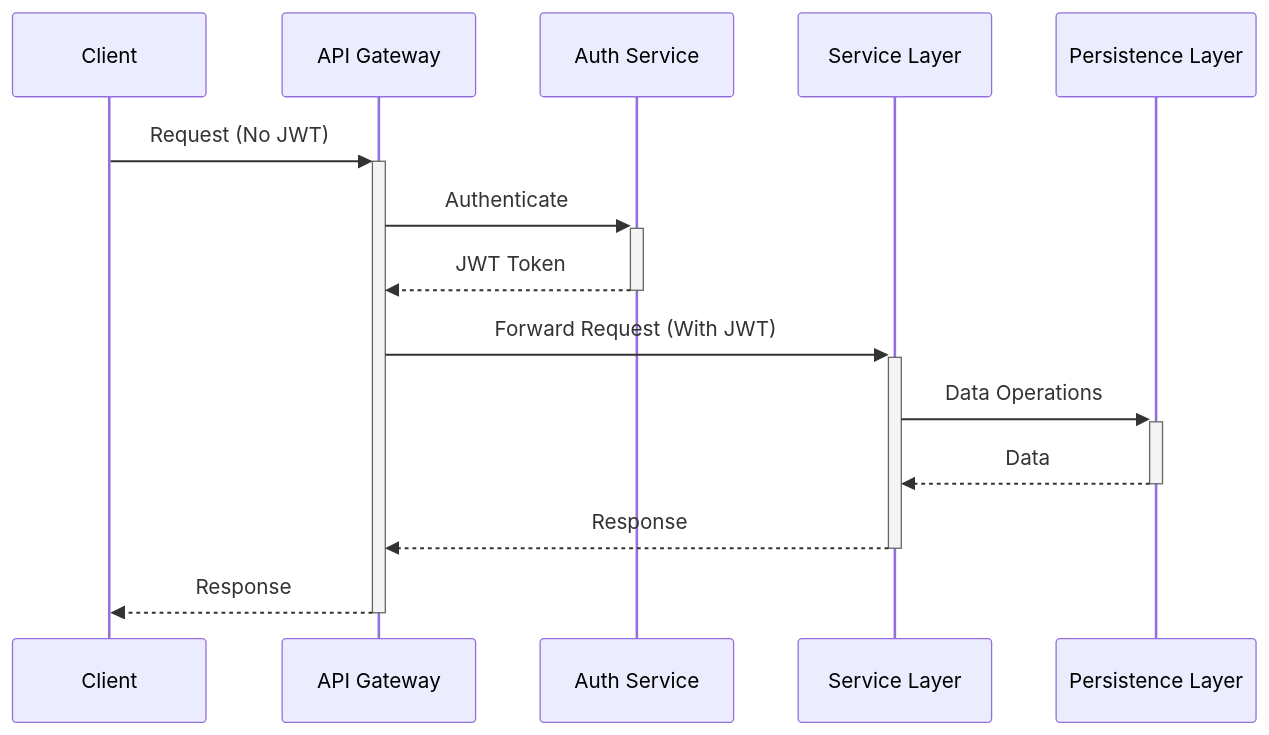
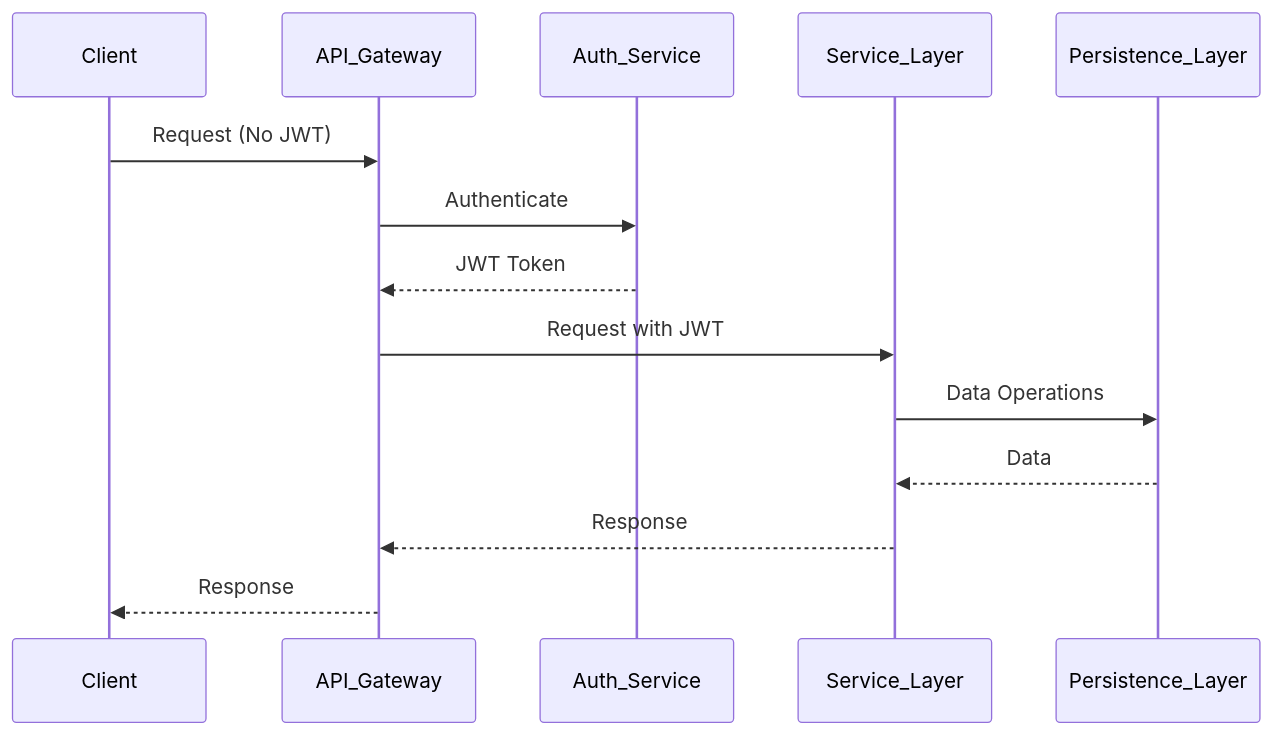
One commit to aharoJ/barbershop changed the third of 3 diagrams in backend/README.md. Above: the diagram before and after it, drawn with Mermaid. The commit also changed other lines of this file and 2 other files, not shown here.

````diff
--- a/backend/README.md
+++ b/backend/README.md
@@ -73,11 +95,11 @@
 ```mermaid
 sequenceDiagram
-    Client->>+API Gateway: Request (No JWT)
-    API Gateway->>+Auth Service: Authenticate
-    Auth Service-->>-API Gateway: JWT Token
-    API Gateway->>+Service Layer: Forward Request (With JWT)
-    Service Layer->>+Persistence Layer: Data Operations
-    Persistence Layer-->>-Service Layer: Data
-    Service Layer-->>-API Gateway: Response
-    API Gateway-->>-Client: Response
+  Client->>API_Gateway: Request (No JWT)
+  API_Gateway->>Auth_Service: Authenticate
+  Auth_Service-->>API_Gateway: JWT Token
+  API_Gateway->>Service_Layer: Request with JWT
+  Service_Layer->>Persistence_Layer: Data Operations
+  Persistence_Layer-->>Service_Layer: Data
+  Service_Layer-->>API_Gateway: Response
+  API_Gateway-->>Client: Response
 ```
````
